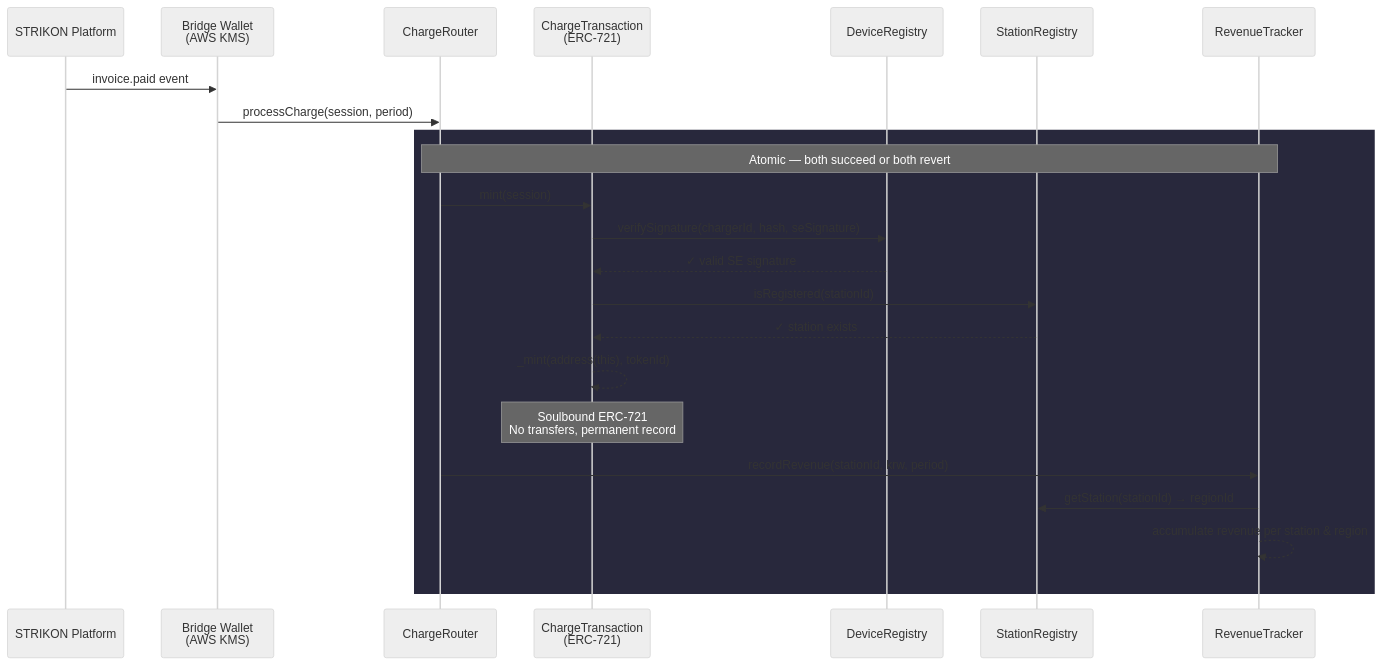
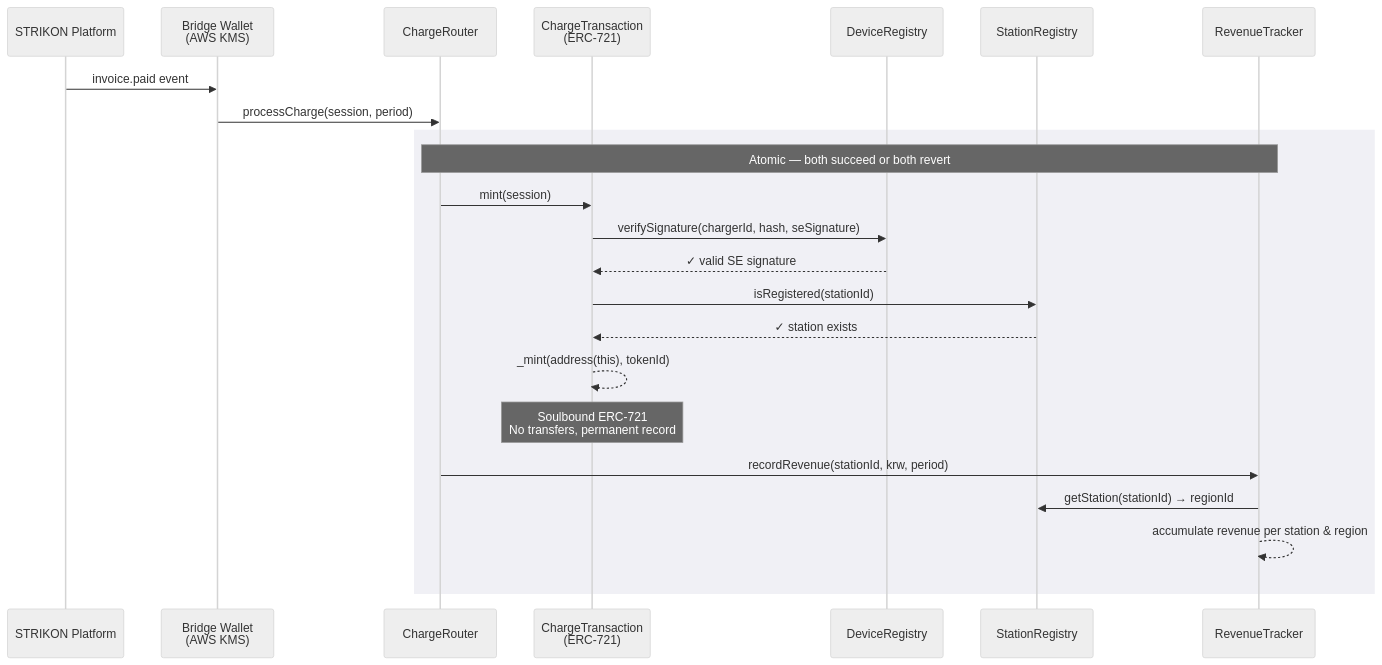
The third of 4 diagrams in README.md (bbororo5/EnergyFi), drawn with Mermaid (neutral theme) before and after one commit. The commit also changed other lines of this file, not shown here.

First line of the commit message:
docs: fix mermaid diagram readability for GitHub light theme

````diff
--- a/README.md
+++ b/README.md
@@ -98,28 +84,28 @@
 ```mermaid
 sequenceDiagram
     participant S as STRIKON Platform
     participant B as Bridge Wallet<br/>(AWS KMS)
     participant CR as ChargeRouter
     participant CT as ChargeTransaction<br/>(ERC-721)
     participant DR as DeviceRegistry
     participant SR as StationRegistry
     participant RT as RevenueTracker
 
     S->>B: invoice.paid event
     B->>CR: processCharge(session, period)
 
-    rect rgb(40, 40, 60)
+    rect rgb(240, 240, 245)
         Note over CR,RT: Atomic — both succeed or both revert
         CR->>CT: mint(session)
         CT->>DR: verifySignature(chargerId, hash, seSignature)
         DR-->>CT: ✓ valid SE signature
         CT->>SR: isRegistered(stationId)
         SR-->>CT: ✓ station exists
         CT-->>CT: _mint(address(this), tokenId)
         Note over CT: Soulbound ERC-721<br/>No transfers, permanent record
 
         CR->>RT: recordRevenue(stationId, krw, period)
         RT->>SR: getStation(stationId) → regionId
         RT-->>RT: accumulate revenue per station & region
     end
 ```
````
